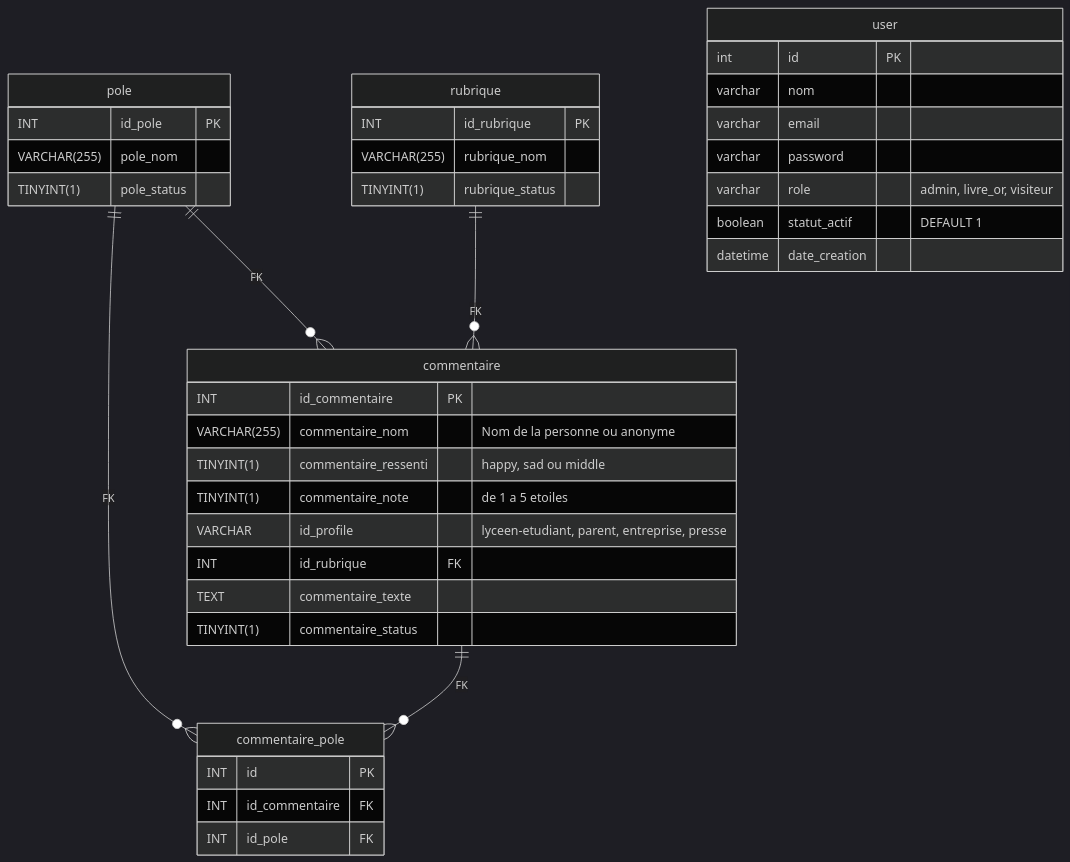
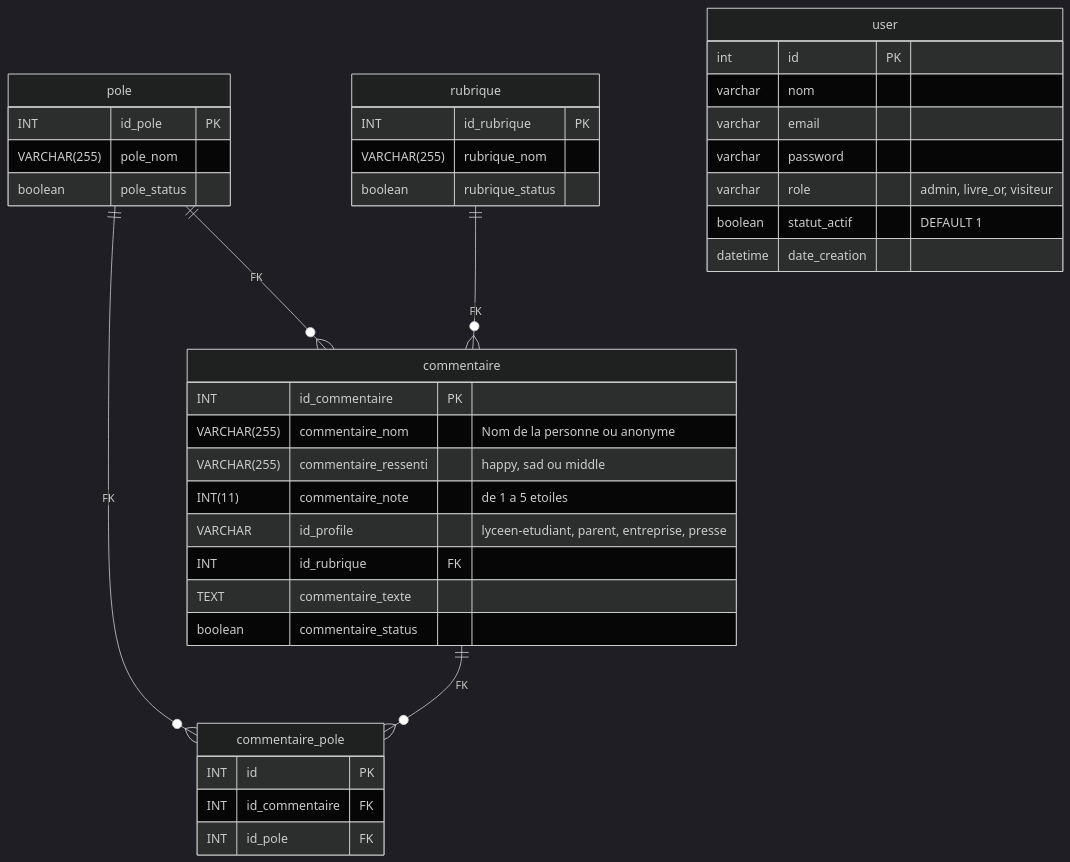
The diagram in documents/mermaid.md (antoinesoreau/site_jpo), drawn with Mermaid (dark theme) before and after one commit.

Commit message:
Update data types in mermaid.md schema
Changed data types for various fields in the database schema to improve clarity and consistency.

````diff
--- a/documents/mermaid.md
+++ b/documents/mermaid.md
@@ -1,48 +1,48 @@
 ```mermaid
 erDiagram
 
     pole ||--o{ commentaire : "FK"
     pole ||--o{ commentaire_pole : "FK"
     rubrique ||--o{ commentaire : "FK"
     commentaire ||--o{ commentaire_pole : "FK"
 
     user {
 
         int id PK
         varchar nom
         varchar email
         varchar password
         varchar role "admin, livre_or, visiteur"
         boolean statut_actif "DEFAULT 1"
         datetime date_creation
     }
 
     pole {
         INT id_pole PK
         VARCHAR(255) pole_nom
-        TINYINT(1) pole_status
+        boolean pole_status
     }
 
     rubrique {
         INT id_rubrique PK
         VARCHAR(255) rubrique_nom
-        TINYINT(1) rubrique_status
+        boolean rubrique_status
     }
 
     commentaire {
         INT id_commentaire PK
         VARCHAR(255) commentaire_nom "Nom de la personne ou anonyme"
-        TINYINT(1) commentaire_ressenti "happy, sad ou middle"
-        TINYINT(1) commentaire_note "de 1 a 5 etoiles"
+        VARCHAR(255) commentaire_ressenti "happy, sad ou middle"
+        INT(11) commentaire_note "de 1 a 5 etoiles"
         VARCHAR id_profile "lyceen-etudiant, parent, entreprise, presse"
         INT id_rubrique FK
         TEXT commentaire_texte
-        TINYINT(1) commentaire_status
+        boolean commentaire_status
     }
 
     commentaire_pole {
         INT id PK
         INT id_commentaire FK
         INT id_pole FK
     }
 ```
````
